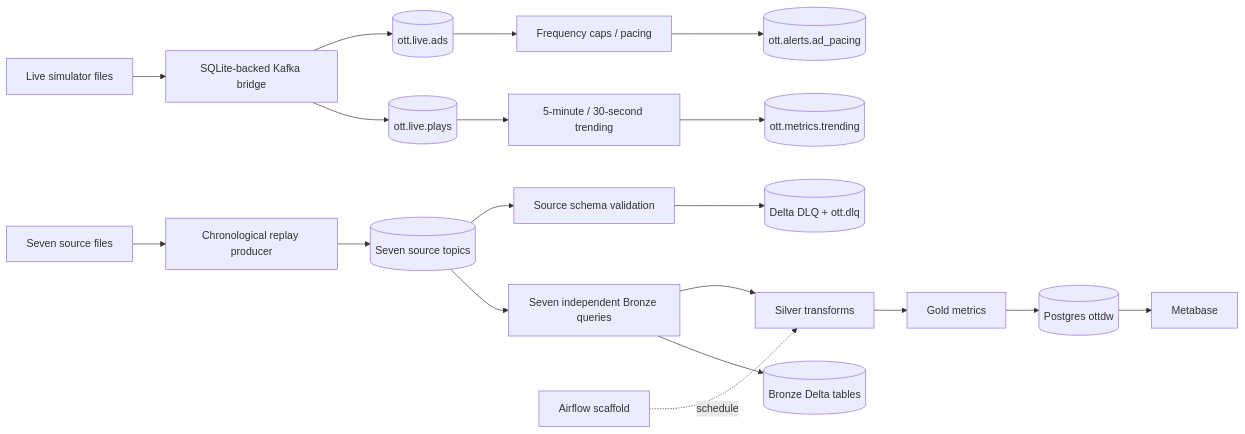
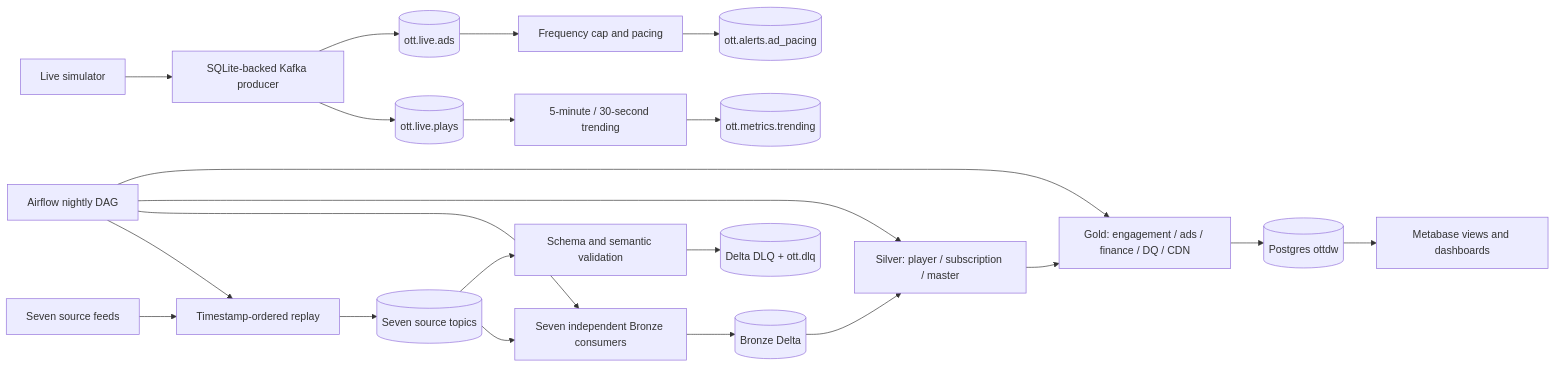
One commit to Er-Ishan-Srivastav/StreamBharat changed the diagram in docs/implementation/kafka-streaming.md. Above: the diagram before and after it, drawn with Mermaid. The commit also changed other lines of this file, not shown here.

Commit message:
docs: align Kafka platform guide with completed local ETL modules

````diff
--- a/docs/implementation/kafka-streaming.md
+++ b/docs/implementation/kafka-streaming.md
@@ -30,21 +34,24 @@
 ```mermaid
 flowchart LR
-  SRC[Seven source files] --> RP[Chronological replay producer]
+  SRC[Seven source feeds] --> RP[Timestamp-ordered replay]
   RP --> K[(Seven source topics)]
-  K --> BR[Seven independent Bronze queries]
-  BR --> BD[(Bronze Delta tables)]
-  K --> DV[Source schema validation]
-  DV --> DLQ[(Delta DLQ + ott.dlq)]
-  SIM[Live simulator files] --> PB[SQLite-backed Kafka bridge]
+  K --> BR[Seven independent Bronze consumers]
+  BR --> BD[(Bronze Delta)]
+  K --> VAL[Schema and semantic validation]
+  VAL --> DLQ[(Delta DLQ + ott.dlq)]
+  BD --> SIL[Silver: player / subscription / master]
+  SIL --> GOLD[Gold: engagement / ads / finance / DQ / CDN]
+  GOLD --> PG[(Postgres ottdw)]
+  PG --> MB[Metabase views and dashboards]
+  SIM[Live simulator] --> PB[SQLite-backed Kafka producer]
   PB --> LP[(ott.live.plays)]
   PB --> LA[(ott.live.ads)]
   LP --> TR[5-minute / 30-second trending]
-  LA --> AP[Frequency caps / pacing]
+  LA --> AP[Frequency cap and pacing]
   TR --> TRK[(ott.metrics.trending)]
   AP --> APK[(ott.alerts.ad_pacing)]
-  BR --> SIL[Silver transforms]
-  SIL --> GOLD[Gold metrics]
-  GOLD --> PG[(Postgres ottdw)]
-  PG --> MB[Metabase]
-  AIR[Airflow scaffold] -. schedule .-> SIL
+  AIR[Airflow nightly DAG] --> RP
+  AIR --> BR
+  AIR --> SIL
+  AIR --> GOLD
 ```
````
